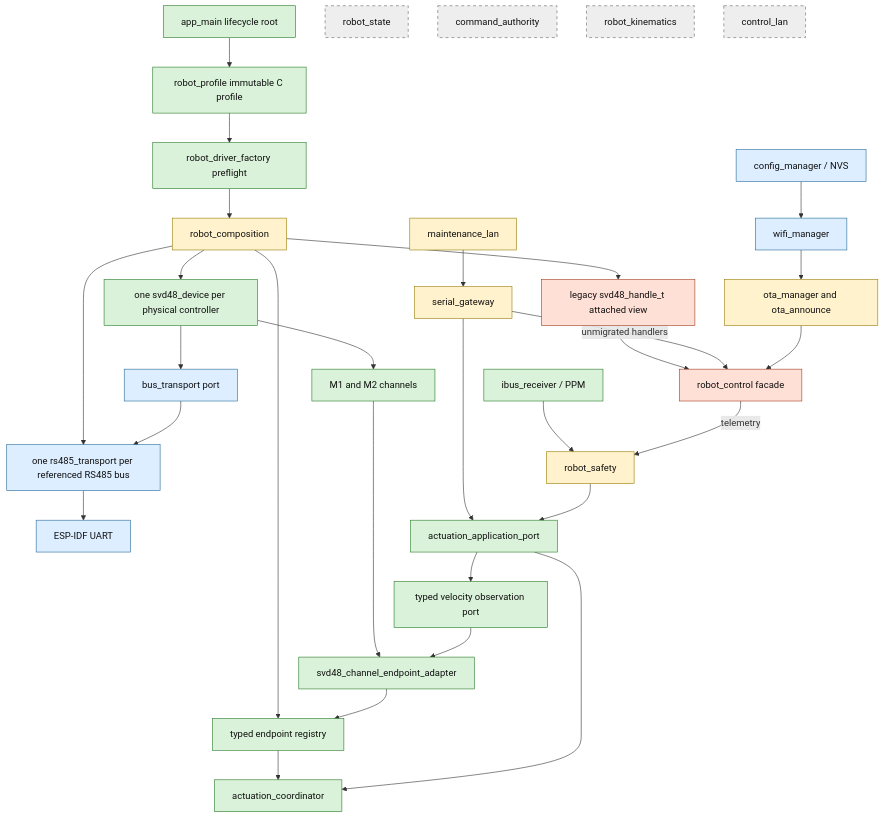
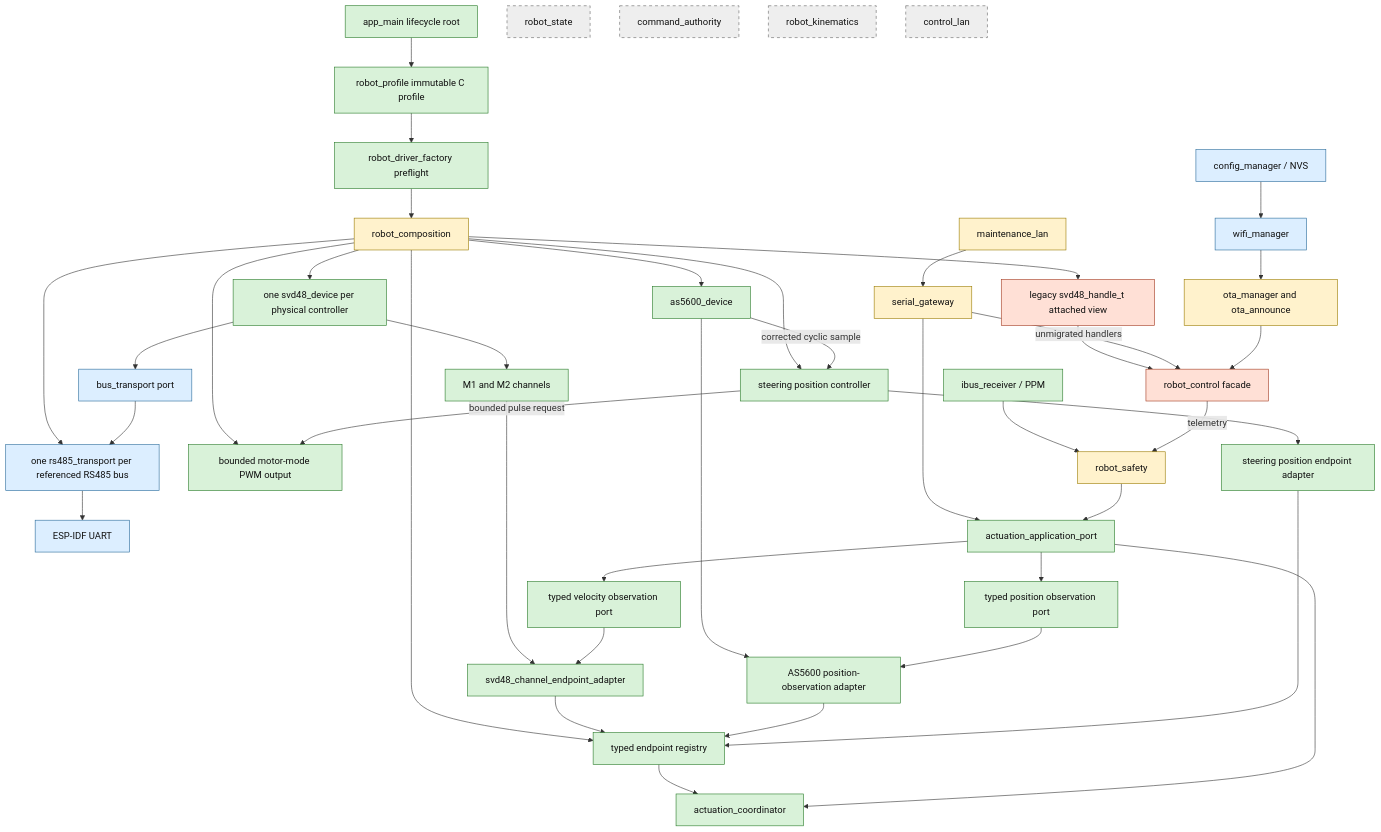
The first of 5 diagrams in docs/ARCHITECTURE.md (juanpmz2001/sistema-motriz-rs485), drawn with Mermaid before and after one commit. The commit also changed other lines of this file and 63 other files, not shown here.

````diff
--- a/docs/ARCHITECTURE.md
+++ b/docs/ARCHITECTURE.md
@@ -17,41 +20,52 @@
 ```mermaid
 flowchart TB
   classDef active fill:#d9f2d9,stroke:#287a28,color:#111
   classDef transition fill:#fff2cc,stroke:#9a7b00,color:#111
   classDef legacy fill:#ffe0d6,stroke:#a33a20,color:#111
   classDef dormant fill:#eeeeee,stroke:#666,stroke-dasharray:5 5,color:#111
   classDef infra fill:#dceeff,stroke:#286a9a,color:#111
 
   MAIN[app_main lifecycle root]:::active --> PROFILE[robot_profile immutable C profile]:::active
   PROFILE --> PREFLIGHT[robot_driver_factory preflight]:::active
   PREFLIGHT --> COMPOSE[robot_composition]:::transition
   COMPOSE --> RSBUS[one rs485_transport per referenced RS485 bus]:::infra
   COMPOSE --> DEV[one svd48_device per physical controller]:::active
+  COMPOSE --> PWM[bounded motor-mode PWM output]:::active
+  COMPOSE --> AS5600[as5600_device]:::active
+  COMPOSE --> STEER[steering position controller]:::active
   COMPOSE --> REG[typed endpoint registry]:::active
   DEV --> CHANNEL[M1 and M2 channels]:::active
   CHANNEL --> DIRECT[svd48_channel_endpoint_adapter]:::active
   DIRECT --> REG
+  AS5600 --> ASOBS[AS5600 position-observation adapter]:::active
+  ASOBS --> REG
+  AS5600 -->|corrected cyclic sample| STEER
+  STEER -->|bounded pulse request| PWM
+  STEER --> STEERADAPT[steering position endpoint adapter]:::active
+  STEERADAPT --> REG
   REG --> COORD[actuation_coordinator]:::active
   RSBUS --> UART[ESP-IDF UART]:::infra
   DEV --> BUSPORT[bus_transport port]:::infra --> RSBUS
 
   SERIAL[serial_gateway]:::transition --> APP[actuation_application_port]:::active
   APP --> COORD
   APP --> VOBS[typed velocity observation port]:::active
+  APP --> POBS[typed position observation port]:::active
   VOBS --> DIRECT
+  POBS --> ASOBS
   SAFETY[robot_safety]:::transition --> APP
   MAINT[maintenance_lan]:::transition --> SERIAL
   RC[ibus_receiver / PPM]:::active --> SAFETY
 
   COMPOSE --> WRAP[legacy svd48_handle_t attached view]:::legacy
   WRAP --> CONTROL[robot_control facade]:::legacy
   SERIAL -->|unmigrated handlers| CONTROL
   CONTROL -->|telemetry| SAFETY
   OTA[ota_manager and ota_announce]:::transition --> CONTROL
   CONFIG[config_manager / NVS]:::infra --> WIFI[wifi_manager]:::infra --> OTA
 
   STATE[robot_state]:::dormant
   AUTH[command_authority]:::dormant
   KIN[robot_kinematics]:::dormant
   CLAN[control_lan]:::dormant
 ```
````
